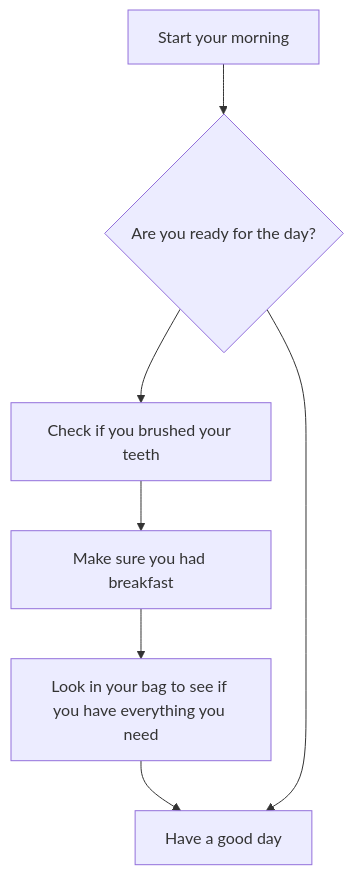
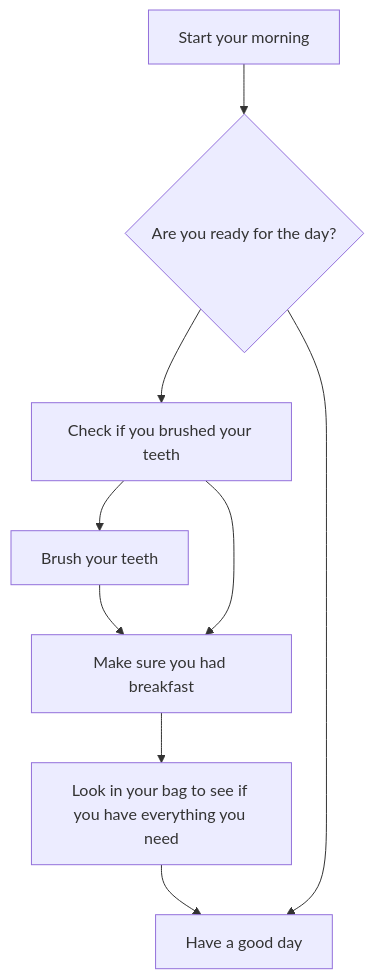
Before and after one commit to Edward3785/Edward3785.github.io: the diagram in Diagram.md, drawn with Mermaid.

Commit message:
Renamed Have a good day to Z
Also added new route

````diff
--- a/Diagram.md
+++ b/Diagram.md
@@ -3,11 +3,13 @@
 ```mermaid
  flowchart TD;
      A[Start your morning]-->B{Are you ready for the day?};
      B --> C[Check if you brushed your teeth]
+     C --> F[Brush your teeth]
+     F --> D
      C --> D[Make sure you had breakfast]
      D --> E[Look in your bag to see if you have everything you need]
-     E --> F
-     B --> F[Have a good day]
+     E --> z
+     B --> z[Have a good day]
 
 
 ```
````
